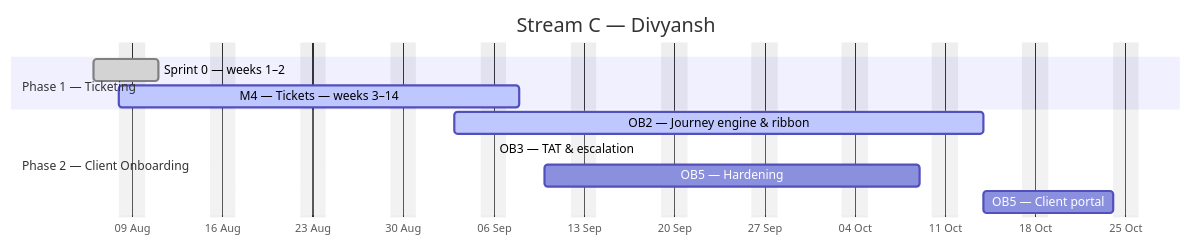
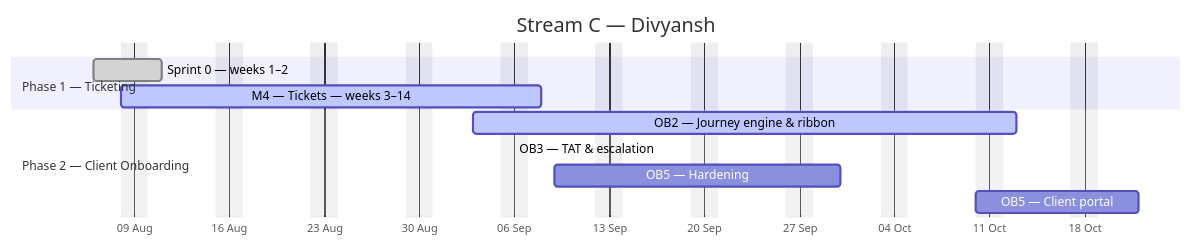
Before and after one commit to debashisedunext/EduTrack: the third of 4 diagrams in docs/plan/GANTT.md, drawn with Mermaid. The commit also changed other lines of this file and 2 other files, not shown here.

````diff
--- a/docs/plan/GANTT.md
+++ b/docs/plan/GANTT.md
@@ -168,15 +169,15 @@
 ```mermaid
 gantt
     dateFormat YYYY-MM-DD
     axisFormat %d %b
     title Stream C — Divyansh
     excludes weekends
     section Phase 1 — Ticketing
     Sprint 0 — weeks 1–2 :done, c0, 2026-08-06, 3d
     M4 — Tickets — weeks 3–14 :active, c1, 2026-08-08, 22d
     section Phase 2 — Client Onboarding
-    OB2 — Journey engine & ribbon :active, c2, 2026-09-03, 29d
+    OB2 — Journey engine & ribbon :active, c2, 2026-09-03, 28d
     OB3 — TAT & escalation :done, c3, 2026-09-06, 0d
-    OB5 — Hardening :c4, 2026-09-10, 21d
-    OB5 — Client portal :c5, 2026-10-14, 8d
+    OB5 — Hardening :c4, 2026-09-09, 15d
+    OB5 — Client portal :c5, 2026-10-10, 9d
 ```
````
